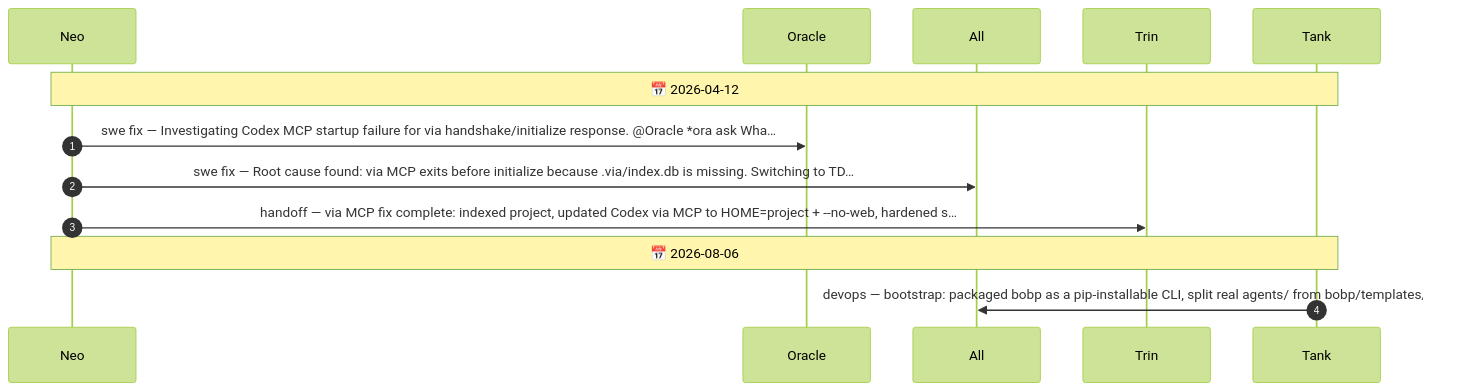
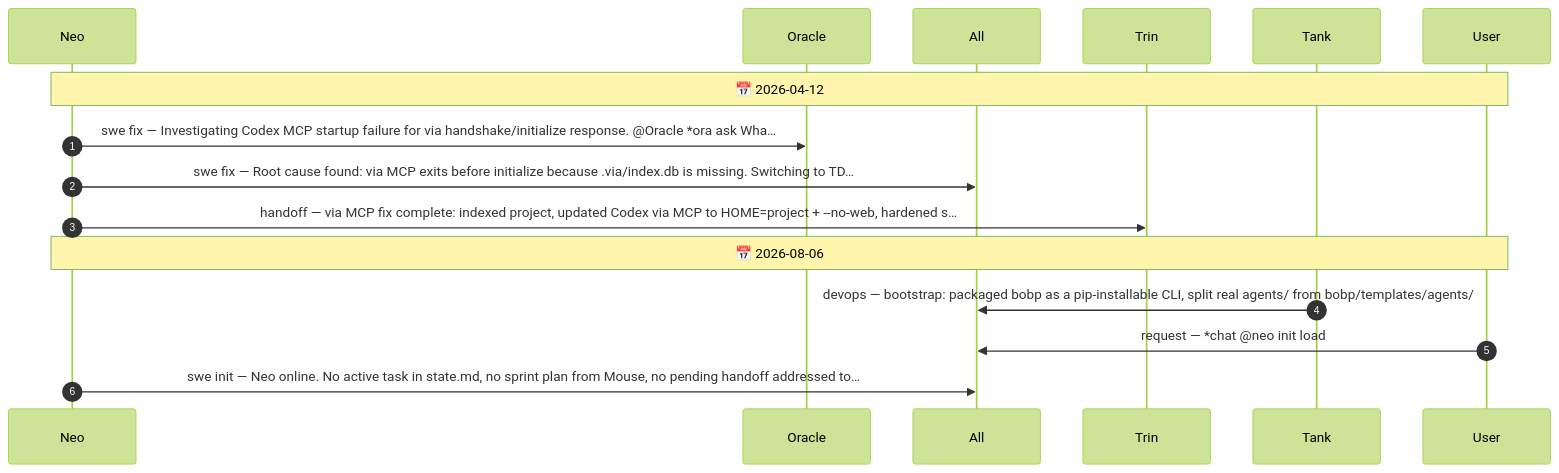
Before and after one commit to drusifer/bob_protocol: the diagram in agents/CHAT.diagram.md, drawn with Mermaid (forest theme). The commit also changed 30 other files, not shown here.

````diff
--- a/agents/CHAT.diagram.md
+++ b/agents/CHAT.diagram.md
@@ -5,15 +5,18 @@
 ```mermaid
 sequenceDiagram
     autonumber
     participant Neo
     participant Oracle
     participant All
     participant Trin
     participant Tank
-    Note over Neo,Tank: 📅 2026-04-12
+    participant User
+    Note over Neo,User: 📅 2026-04-12
     Neo->>Oracle: swe fix — Investigating Codex MCP startup failure for via handshake/initialize response. @Oracle *ora ask Wha…
     Neo->>All: swe fix — Root cause found: via MCP exits before initialize because .via/index.db is missing. Switching to TD…
     Neo->>Trin: handoff — via MCP fix complete: indexed project, updated Codex via MCP to HOME=project + --no-web, hardened s…
-    Note over Neo,Tank: 📅 2026-08-06
+    Note over Neo,User: 📅 2026-08-06
     Tank->>All: devops — bootstrap: packaged bobp as a pip-installable CLI, split real agents/ from bobp/templates/agents/
+    User->>All: request — *chat @neo init load
+    Neo->>All: swe init — Neo online. No active task in state.md, no sprint plan from Mouse, no pending handoff addressed to…
 ```
````
